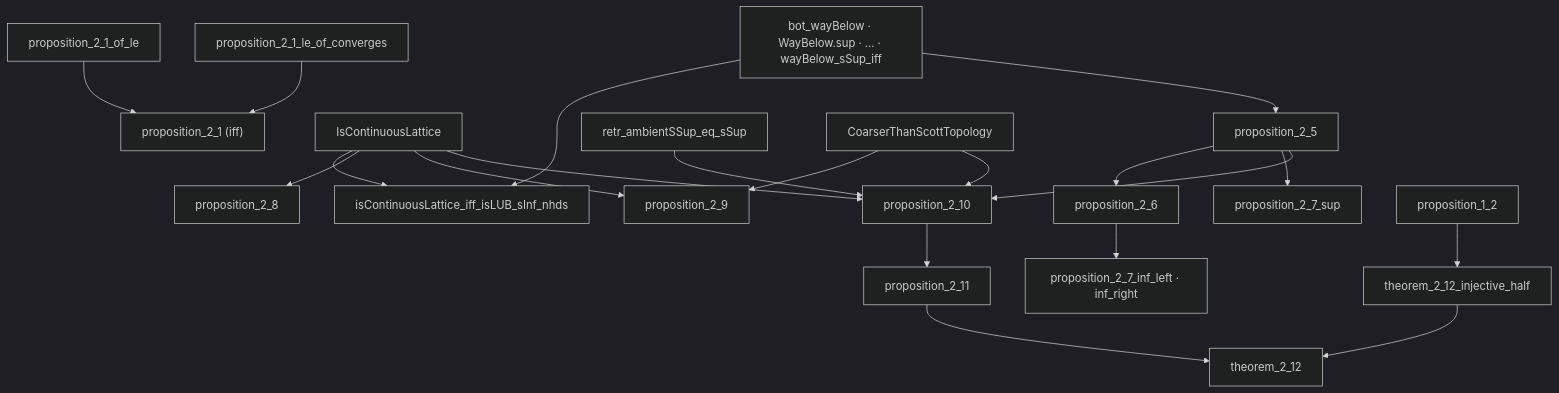
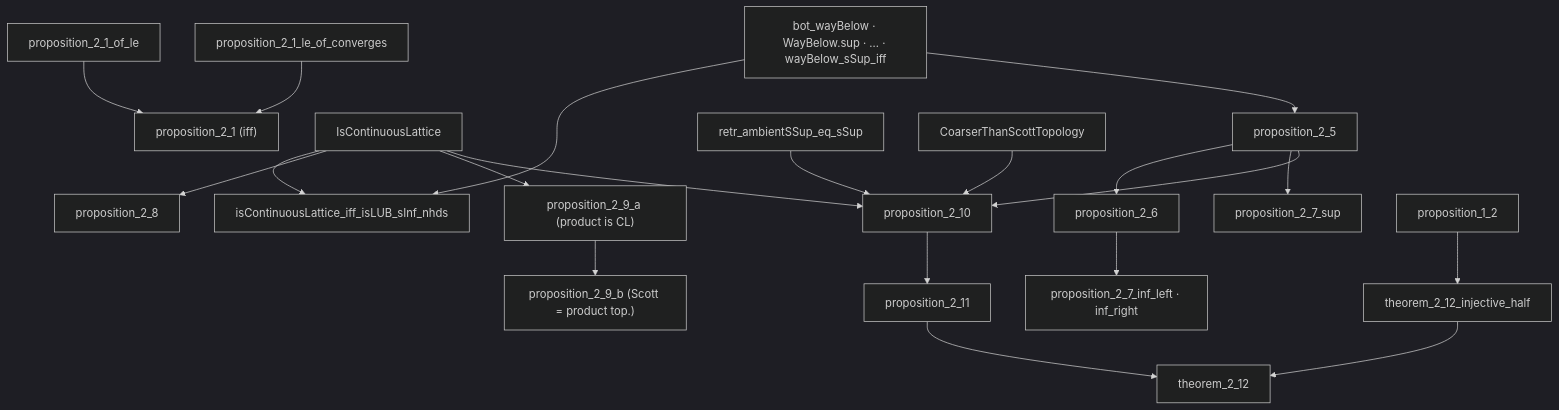
Before and after one commit to catskillsresearch/domain_theory: the fourth of 8 diagrams in arxiv.md, drawn with Mermaid (dark theme). The commit also changed other lines of this file and 2 other files, not shown here.

First line of the commit message:
feat(Constructions): split Proposition 2.9 into order-theoretic and topological claims

````diff
--- a/arxiv.md
+++ b/arxiv.md
@@ -262,41 +263,42 @@
 ```mermaid
 flowchart TD
   P22["bot_wayBelow · WayBelow.sup · … · wayBelow_sSup_iff"]
   P21b["proposition_2_1_of_le"]
   P21f["proposition_2_1_le_of_converges"]
   P21["proposition_2_1 (iff)"]
   D23["IsContinuousLattice"]
   P24["isContinuousLattice_iff_isLUB_sInf_nhds"]
   P25["proposition_2_5"]
   P26["proposition_2_6"]
   P27s["proposition_2_7_sup"]
   P27i["proposition_2_7_inf_left · inf_right"]
   P28["proposition_2_8"]
-  P29["proposition_2_9"]
+  P29a["proposition_2_9_a (product is CL)"]
+  P29b["proposition_2_9_b (Scott = product top.)"]
   P210["proposition_2_10"]
   P210L["retr_ambientSSup_eq_sSup"]
   P211["proposition_2_11"]
   T212["theorem_2_12"]
   T212h["theorem_2_12_injective_half"]
   MIL["CoarserThanScottTopology"]
 
   P22 --> P24
   D23 --> P24
   P22 --> P25
   P25 --> P26
   P26 --> P27i
   P25 --> P27s
   D23 --> P28
-  D23 --> P29
+  D23 --> P29a
+  P29a --> P29b
   D23 --> P210
   P25 --> P210
-  MIL --> P29
   MIL --> P210
   P210L --> P210
   P210 --> P211
   P211 --> T212
   P12["proposition_1_2"] --> T212h
   T212h --> T212
   P21b --> P21
   P21f --> P21
 ```
````
